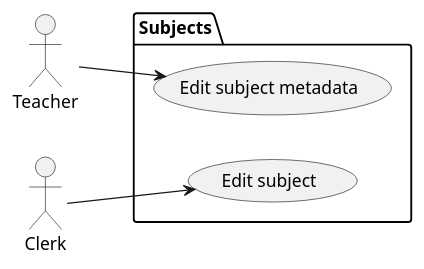
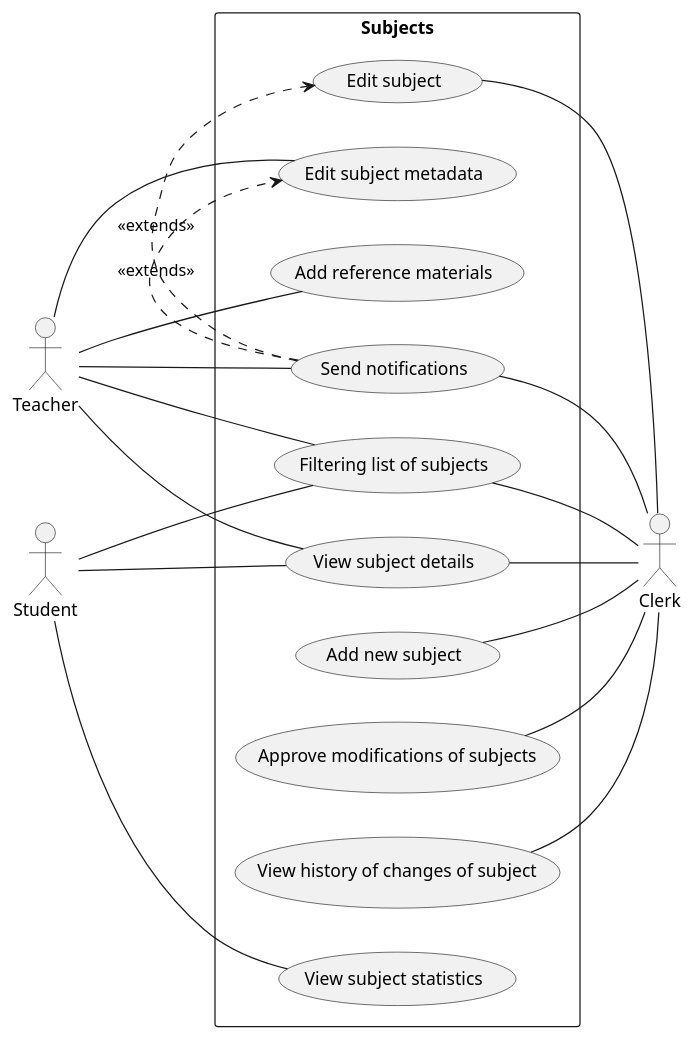
The diagram in data/uml-use-case-diagram.md (vestr-at-work/mff-uk-introduction-to-software-engineering), drawn with PlantUML before and after one commit. The commit also changed other lines of this file, not shown here.

```diff
--- a/data/uml-use-case-diagram.md
+++ b/data/uml-use-case-diagram.md
@@ -1,12 +1,39 @@
 @startuml
 left to right direction
 actor Teacher as t
 actor Clerk as c
+actor Student as s
 
-package Subjects {
+rectangle Subjects {
   usecase "Edit subject metadata" as UC1
   usecase "Edit subject" as UC2
+  usecase "View subject statistics" as UC3
+  usecase "Send notifications" as UC4
+  usecase "Add reference materials" as UC5
+  usecase "View history of changes of subject" as UC6
+  usecase "Approve modifications of subjects" as UC7
+  usecase "View subject details" as UC8
+  usecase "Filtering list of subjects" as UC9
+  usecase "Add new subject" as UC10
 }
-c --> UC2
-t --> UC1
+s -- UC3
+s -- UC8
+s -- UC9
+
+c -up- UC2
+c -up- UC4
+c -up- UC6
+c -up- UC7
+c -up- UC10
+c -up- UC8
+c -up- UC9
+
+t -- UC1
+t -- UC4
+t -- UC5
+t -- UC8
+t -- UC9
+
+UC4 .> UC2 : << extends >>
+UC4 .> UC1 : << extends >>
 @enduml
```
